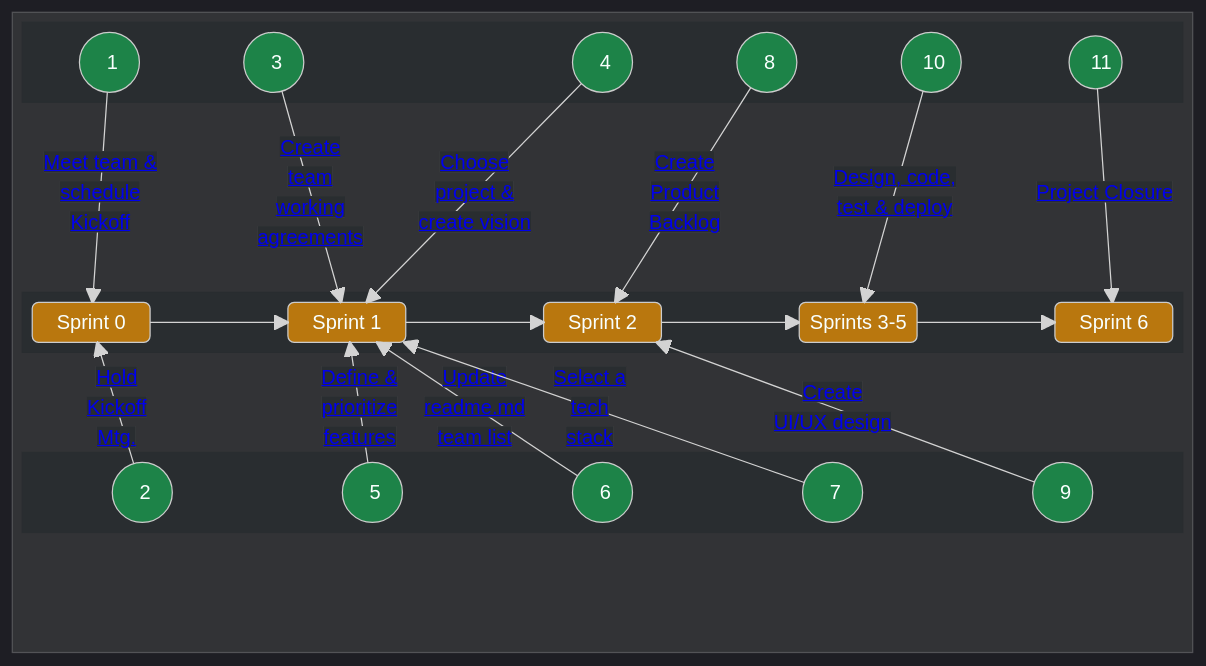
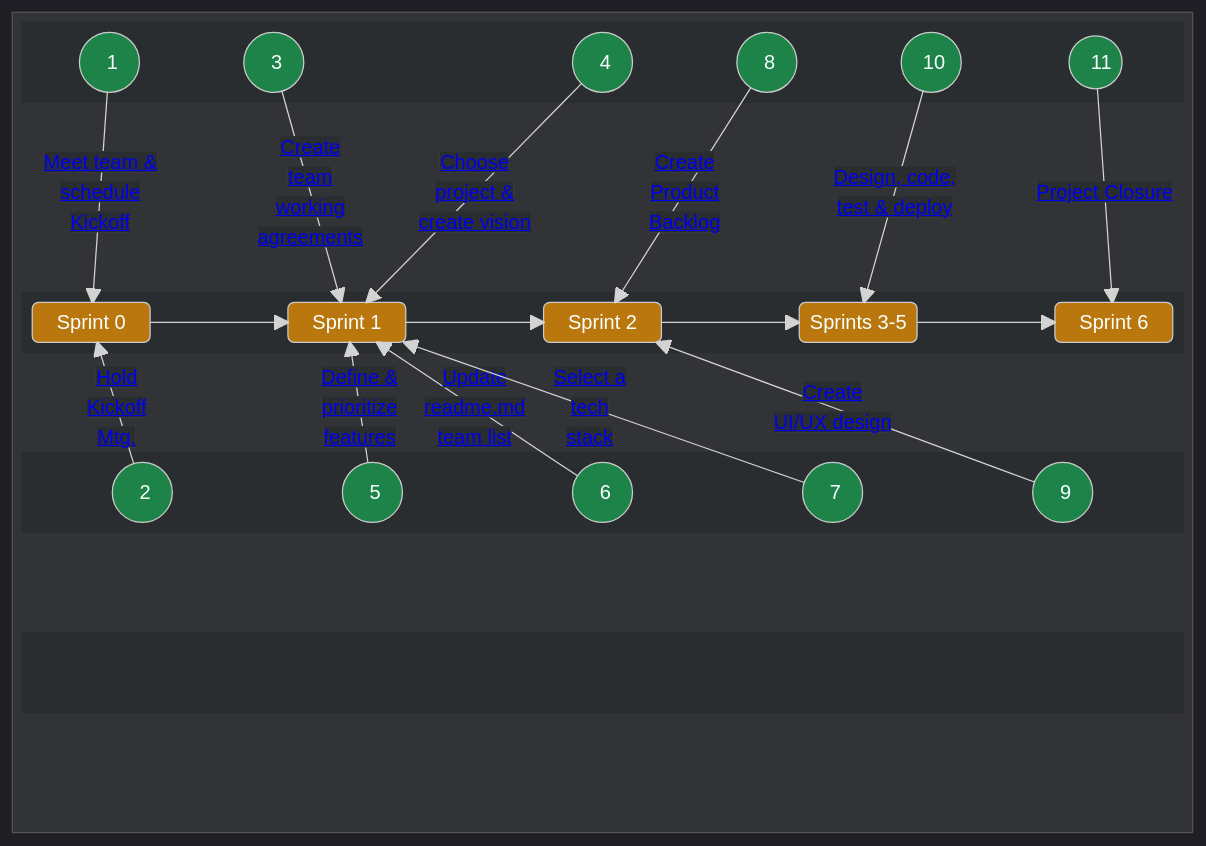
One commit to chingu-voyages/Handbook changed the first of 2 diagrams in docs/guides/voyage/voyage.md. Above: the diagram before and after it, drawn with Mermaid. The commit also changed other lines of this file, not shown here.

Commit message:
Feature: Define Sprint 0 details [WIP]

```diff
--- a/docs/guides/voyage/voyage.md
+++ b/docs/guides/voyage/voyage.md
@@ -94,7 +94,7 @@
         SPRINT6("&nbsp;Sprint 6&nbsp;")
       end
       space
-      block:B0BOTTOM
+      block:B0BOTTOML1
         columns 11
         A2(("&nbsp;&nbsp;&nbsp; 2 &nbsp;&nbsp;"))
         A5(("&nbsp;&nbsp;&nbsp; 5 &nbsp;&nbsp;"))
@@ -102,6 +102,11 @@
         A7(("&nbsp;&nbsp;&nbsp; 7 &nbsp;&nbsp;"))
         A9(("&nbsp;&nbsp;&nbsp; 9 &nbsp;&nbsp;"))
       end
+      space
+      block:B0BOTTOML2
+        columns 11
+        A5(("&nbsp;&nbsp;&nbsp; 5 &nbsp;&nbsp;"))
+      end      
       space
 
       A1 -- "<a style="background-color:#292d30" href="https://github.com/chingu-voyages/Handbook/blob/main/docs/guides/voyage/voyage.md#1-meet-your-team--schedule-kickoff-meeting-">Meet team &</br>schedule</br>Kickoff</a>" --> SPRINT0
@@ -124,7 +129,8 @@
 
     style B0TOP stroke:#292d30,fill:#292d30
     style B0CENTER stroke:#292d30,fill:#292d30
-    style B0BOTTOM stroke:#292d30,fill:#292d30
+    style B0BOTTOML1 stroke:#292d30,fill:#292d30
+    style B0BOTTOML2 stroke:#292d30,fill:#292d30
         
     style A1 color:#f0f6fc,fill:#1d8348
     style A2 color:#f0f6fc,fill:#1d8348
```
